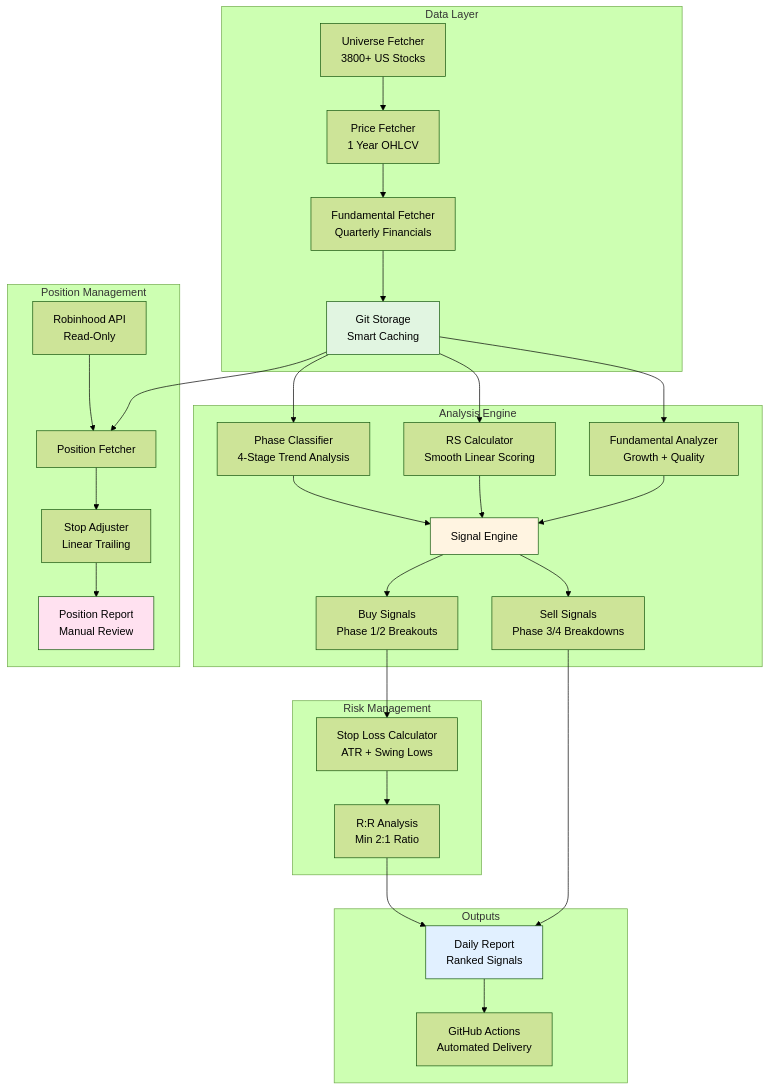
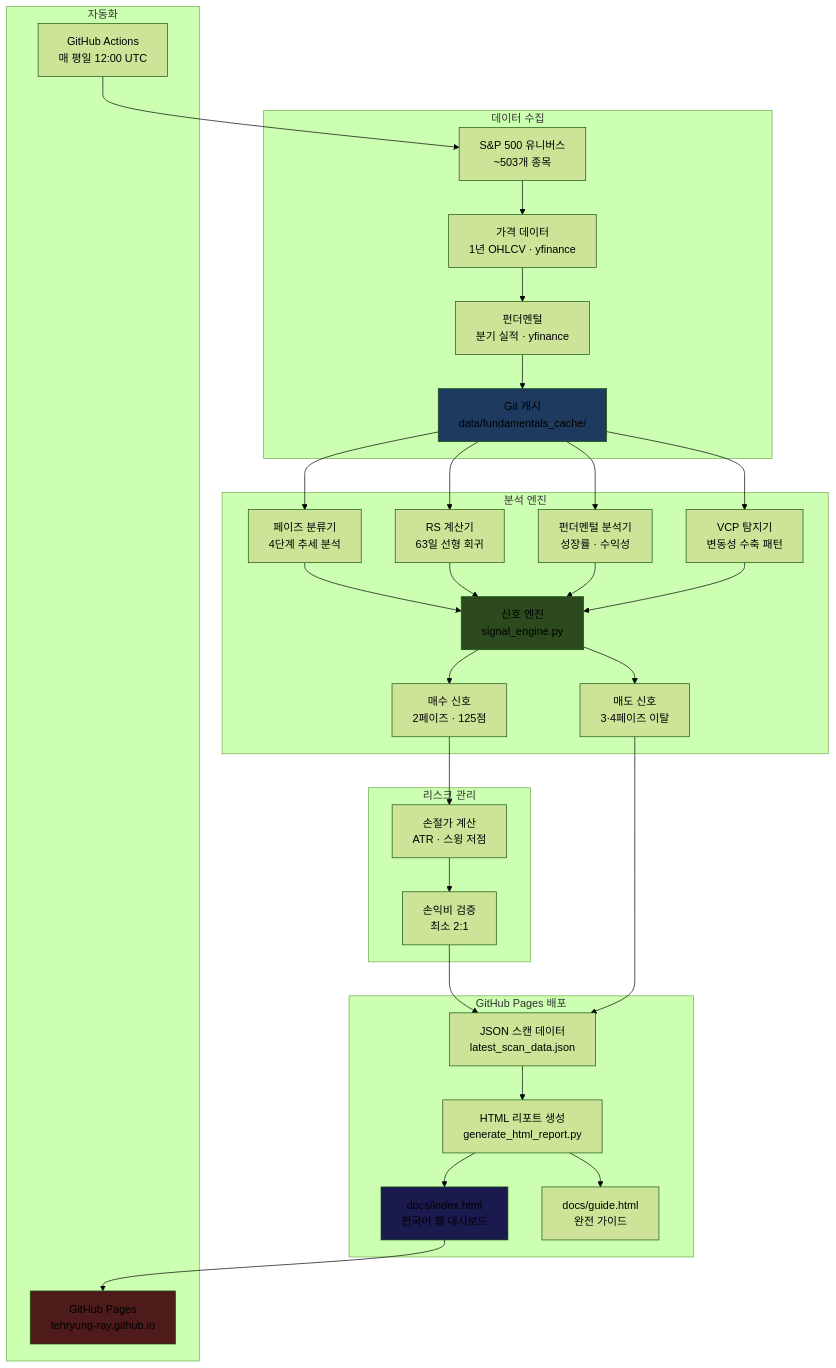
The diagram in README.md (tehryung-ray/SNP_momentum_screener), drawn with Mermaid (forest theme) before and after one commit. The commit also changed other lines of this file, not shown here.

````diff
--- a/README.md
+++ b/README.md
@@ -126,44 +192,46 @@
 ```mermaid
 graph TB
-    subgraph "Data Layer"
-        A[Universe Fetcher<br/>3800+ US Stocks] --> B[Price Fetcher<br/>1 Year OHLCV]
-        B --> C[Fundamental Fetcher<br/>Quarterly Financials]
-        C --> D[Git Storage<br/>Smart Caching]
+    subgraph "데이터 수집"
+        A[S&P 500 유니버스<br/>~503개 종목] --> B[가격 데이터<br/>1년 OHLCV · yfinance]
+        B --> C[펀더멘털<br/>분기 실적 · yfinance]
+        C --> D[Git 캐시<br/>data/fundamentals_cache/]
     end
 
-    subgraph "Analysis Engine"
-        D --> E[Phase Classifier<br/>4-Stage Trend Analysis]
-        D --> F[RS Calculator<br/>Smooth Linear Scoring]
-        D --> G[Fundamental Analyzer<br/>Growth + Quality]
+    subgraph "분석 엔진"
+        D --> E[페이즈 분류기<br/>4단계 추세 분석]
+        D --> F[RS 계산기<br/>63일 선형 회귀]
+        D --> G[펀더멘털 분석기<br/>성장률 · 수익성]
+        D --> H[VCP 탐지기<br/>변동성 수축 패턴]
 
-        E --> H[Signal Engine]
-        F --> H
-        G --> H
+        E --> I[신호 엔진<br/>signal_engine.py]
+        F --> I
+        G --> I
+        H --> I
 
-        H --> I[Buy Signals<br/>Phase 1/2 Breakouts]
-        H --> J[Sell Signals<br/>Phase 3/4 Breakdowns]
+        I --> J[매수 신호<br/>2페이즈 · 125점]
+        I --> K[매도 신호<br/>3·4페이즈 이탈]
     end
 
-    subgraph "Risk Management"
-        I --> K[Stop Loss Calculator<br/>ATR + Swing Lows]
-        K --> L[R:R Analysis<br/>Min 2:1 Ratio]
+    subgraph "리스크 관리"
+        J --> L[손절가 계산<br/>ATR · 스윙 저점]
+        L --> M[손익비 검증<br/>최소 2:1]
     end
 
-    subgraph "Outputs"
-        L --> M[Daily Report<br/>Ranked Signals]
-        J --> M
-        M --> N[GitHub Actions<br/>Automated Delivery]
+    subgraph "GitHub Pages 배포"
+        M --> N[JSON 스캔 데이터<br/>latest_scan_data.json]
+        K --> N
+        N --> O[HTML 리포트 생성<br/>generate_html_report.py]
+        O --> P[docs/index.html<br/>한국어 웹 대시보드]
+        O --> Q[docs/guide.html<br/>완전 가이드]
     end
 
-    subgraph "Position Management"
-        O[Robinhood API<br/>Read-Only] --> P[Position Fetcher]
-        D --> P
-        P --> Q[Stop Adjuster<br/>Linear Trailing]
-        Q --> R[Position Report<br/>Manual Review]
+    subgraph "자동화"
+        R[GitHub Actions<br/>매 평일 12:00 UTC] --> A
+        P --> S[GitHub Pages<br/>tehryung-ray.github.io]
     end
 
-    style D fill:#e1f5e1
-    style H fill:#fff4e1
-    style M fill:#e1f0ff
-    style R fill:#ffe1f0
+    style D fill:#1e3a5f
+    style I fill:#2d4a1e
+    style P fill:#1a1a4e
+    style S fill:#4e1a1a
 ```
````
